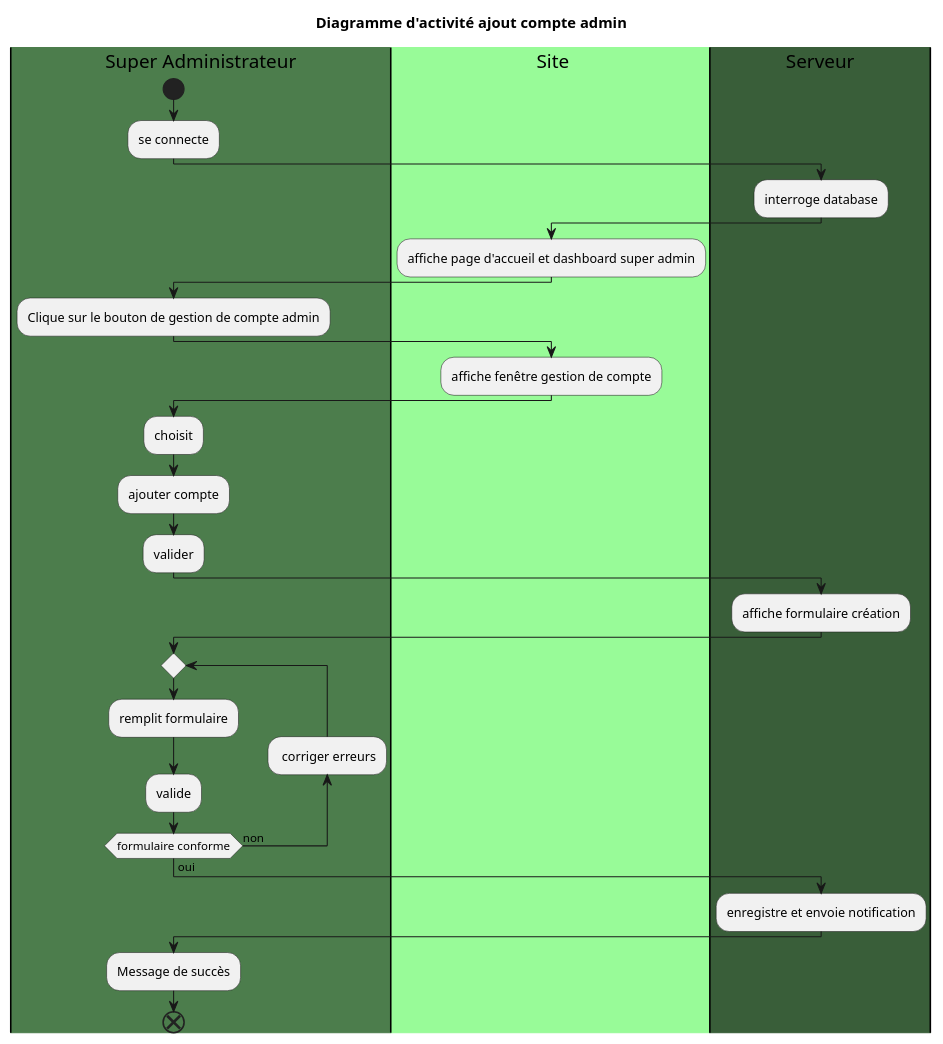
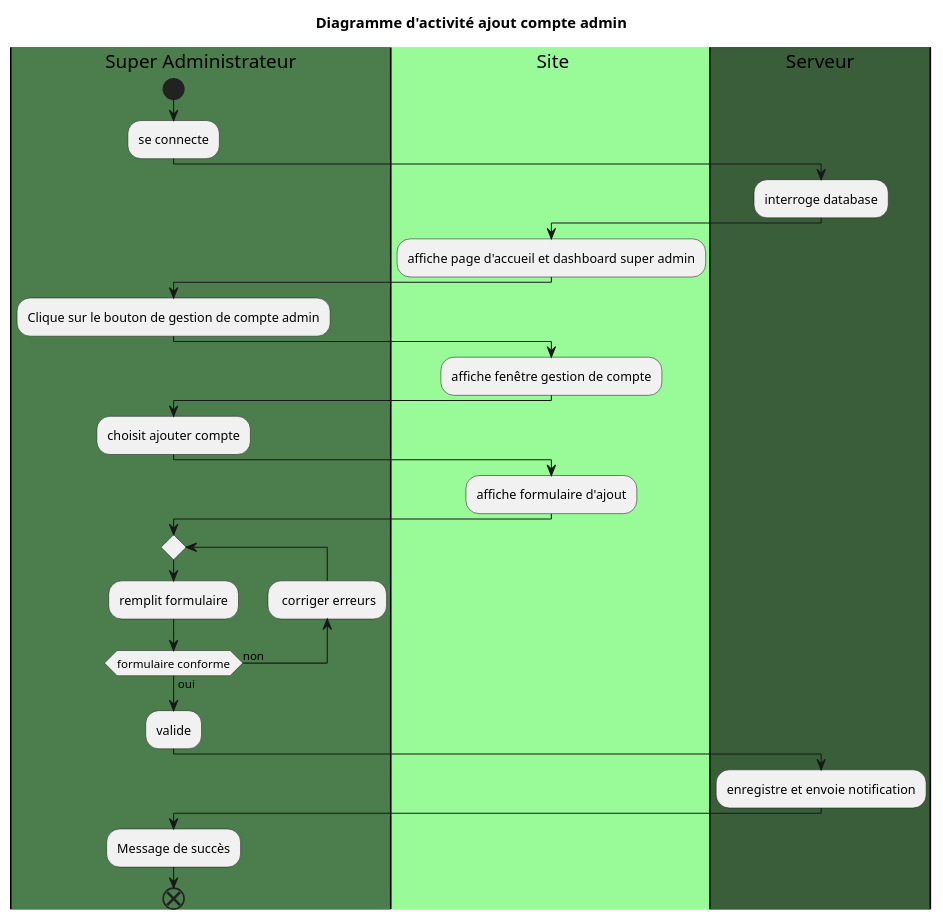
The second of 7 diagrams in useCase/diagActivitéSuperAdmin.puml (remip03/eduZouZou), drawn with PlantUML before and after one commit. The commit also changed other lines of this file and 2 other files, not shown here.

```diff
--- a/useCase/diagActivitéSuperAdmin.puml
+++ b/useCase/diagActivitéSuperAdmin.puml
@@ -47,44 +41,45 @@
 @startuml ajout compte
 
 title "Diagramme d'activité ajout compte admin"
 |#4C7D4C|Super Administrateur|
 |#Palegreen|s| Site
 |#395E39|Serveur|
 
 
 
-    |Super Administrateur|
+      |Super Administrateur|
     start
     :se connecte;
-    |Serveur|
+     |Serveur|
     :interroge database;
     |s|
  :affiche page d'accueil et dashboard super admin;
   |Super Administrateur|
+
   
     :Clique sur le bouton de gestion de compte admin;
     |s|
     :affiche fenêtre gestion de compte;  
     
    
     |Super Administrateur|
-    :choisit;    
-    :ajouter compte;   
-    :valider;
-    |Serveur|
-    :affiche formulaire création;
+    :choisit ajouter compte;   
+   
+   
+    |s|
+    :affiche formulaire d'ajout;
     |Super Administrateur|
     repeat
     :remplit formulaire;  
-    :valide; 
     backward: corriger erreurs;
 repeatwhile (formulaire conforme) is (non) not (oui)  
+    :valide; 
     |Serveur|
     :enregistre et envoie notification;
     
     |Super Administrateur|
     :Message de succès;
     end
 
 
 @enduml
```
